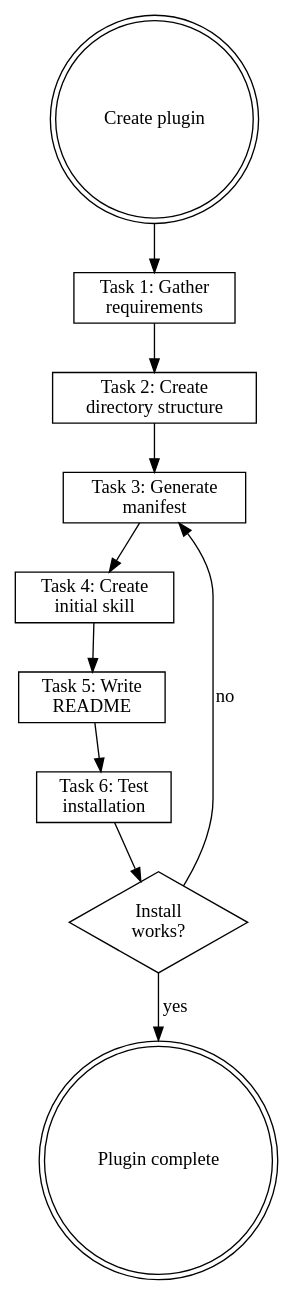
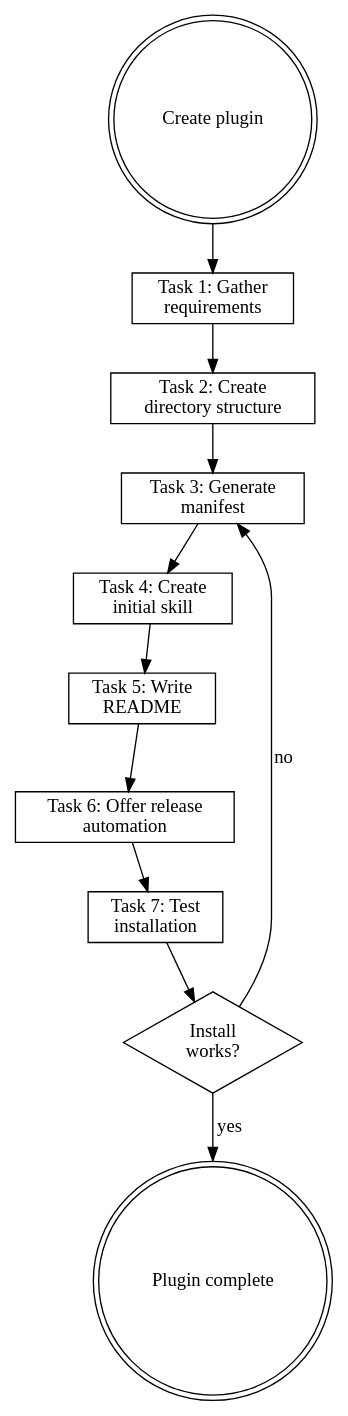
The diagram in plugins/rcc/skills/creating-plugins/SKILL.md (wayne930242/Reflexive-Claude-Code), drawn with Graphviz before and after one commit. The commit also changed other lines of this file and 55 other files, not shown here.

````diff
--- a/plugins/rcc/skills/creating-plugins/SKILL.md
+++ b/plugins/rcc/skills/creating-plugins/SKILL.md
@@ -177,25 +203,27 @@
 ```dot
 digraph plugin_creation {
     rankdir=TB;
 
     start [label="Create plugin", shape=doublecircle];
     gather [label="Task 1: Gather\nrequirements", shape=box];
     structure [label="Task 2: Create\ndirectory structure", shape=box];
     manifest [label="Task 3: Generate\nmanifest", shape=box];
     skill [label="Task 4: Create\ninitial skill", shape=box];
     readme [label="Task 5: Write\nREADME", shape=box];
-    test [label="Task 6: Test\ninstallation", shape=box];
+    release [label="Task 6: Offer release\nautomation", shape=box];
+    test [label="Task 7: Test\ninstallation", shape=box];
     test_pass [label="Install\nworks?", shape=diamond];
     done [label="Plugin complete", shape=doublecircle];
 
     start -> gather;
     gather -> structure;
     structure -> manifest;
     manifest -> skill;
     skill -> readme;
-    readme -> test;
+    readme -> release;
+    release -> test;
     test -> test_pass;
     test_pass -> done [label="yes"];
     test_pass -> manifest [label="no"];
 }
 ```
````
